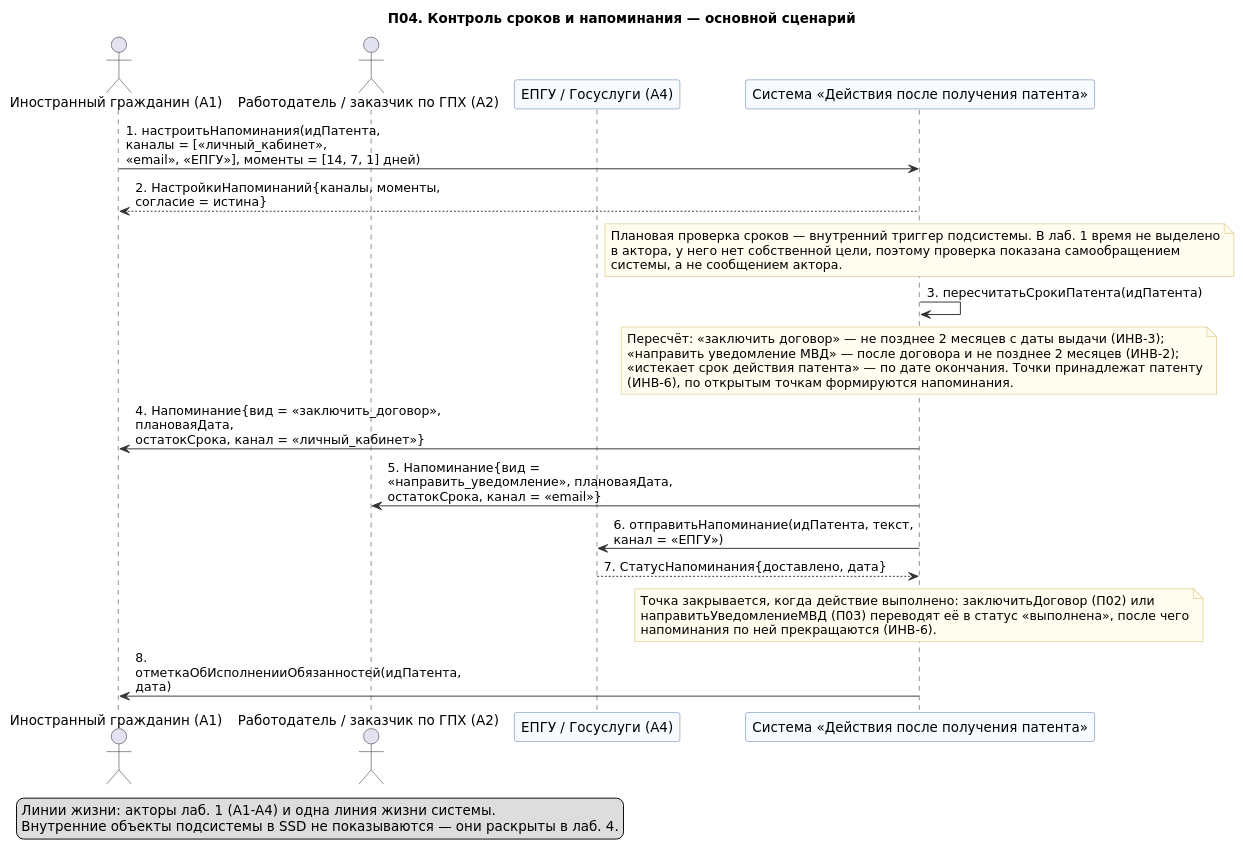
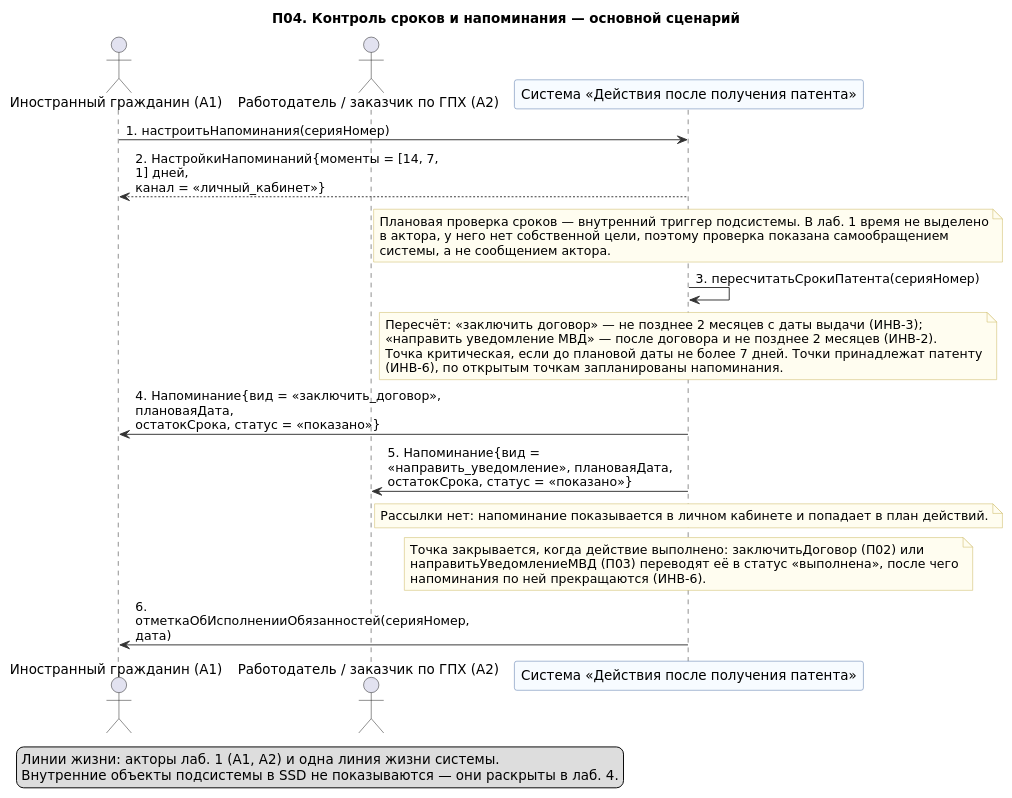
One commit to mflkee/fms-course changed the diagram in lab3-sequence-diagrams/diagrams/07-p04-osnovnoy.puml. Above: the diagram before and after it, drawn with PlantUML. The commit also changed 41 other files, not shown here.

Commit message:
ФМС: канон отправки и просрочки, 78 тестов, кардинальности без 1..*, читаемая диаграмма прецедентов

```diff
--- a/lab3-sequence-diagrams/diagrams/07-p04-osnovnoy.puml
+++ b/lab3-sequence-diagrams/diagrams/07-p04-osnovnoy.puml
@@ -1,54 +1,54 @@
 @startuml 07-p04-osnovnoy
 ' Лаб. 3: системная диаграмма последовательностей (SSD, «чёрный ящик»)
 ' Прецедент: П04 — основной успешный сценарий
 ' Проверка: plantuml -checkonly 07-p04-osnovnoy.puml ; рендер: plantuml -tpng 07-p04-osnovnoy.puml
 ' Репозиторий: https://github.com/mflkee/fms-course
 
 title П04. Контроль сроков и напоминания — основной сценарий
 skinparam shadowing false
 skinparam defaultFontName "DejaVu Sans"
 skinparam maxMessageSize 320
 skinparam sequenceMessageAlign left
 skinparam ParticipantBackgroundColor #F7FBFF
 skinparam ParticipantBorderColor #4A6FA5
 skinparam LifeLineBorderColor #9DB4D0
 skinparam ArrowColor #333333
 skinparam NoteBackgroundColor #FFFDF0
 skinparam NoteBorderColor #C9B458
 
 actor "Иностранный гражданин (A1)" as CIT
 actor "Работодатель / заказчик по ГПХ (A2)" as EMP
-participant "ЕПГУ / Госуслуги (A4)" as EPGU
 participant "Система «Действия после получения патента»" as SYS
 
-CIT -> SYS : 1. настроитьНапоминания(идПатента, каналы = [«личный_кабинет»,\n«email», «ЕПГУ»], моменты = [14, 7, 1] дней)
-SYS --> CIT : 2. НастройкиНапоминаний{каналы, моменты, согласие = истина}
+CIT -> SYS : 1. настроитьНапоминания(серияНомер)
+SYS --> CIT : 2. НастройкиНапоминаний{моменты = [14, 7, 1] дней,\nканал = «личный_кабинет»}
 note over SYS
   Плановая проверка сроков — внутренний триггер подсистемы. В лаб. 1 время не выделено
   в актора, у него нет собственной цели, поэтому проверка показана самообращением
   системы, а не сообщением актора.
 end note
-SYS -> SYS : 3. пересчитатьСрокиПатента(идПатента)
+SYS -> SYS : 3. пересчитатьСрокиПатента(серияНомер)
 note over SYS
   Пересчёт: «заключить договор» — не позднее 2 месяцев с даты выдачи (ИНВ-3);
-  «направить уведомление МВД» — после договора и не позднее 2 месяцев (ИНВ-2);
-  «истекает срок действия патента» — по дате окончания. Точки принадлежат патенту
-  (ИНВ-6), по открытым точкам формируются напоминания.
+  «направить уведомление МВД» — после договора и не позднее 2 месяцев (ИНВ-2).
+  Точка критическая, если до плановой даты не более 7 дней. Точки принадлежат патенту
+  (ИНВ-6), по открытым точкам запланированы напоминания.
 end note
-SYS -> CIT : 4. Напоминание{вид = «заключить_договор», плановаяДата,\nостатокСрока, канал = «личный_кабинет»}
-SYS -> EMP : 5. Напоминание{вид = «направить_уведомление», плановаяДата,\nостатокСрока, канал = «email»}
-SYS -> EPGU : 6. отправитьНапоминание(идПатента, текст, канал = «ЕПГУ»)
-EPGU --> SYS : 7. СтатусНапоминания{доставлено, дата}
+SYS -> CIT : 4. Напоминание{вид = «заключить_договор», плановаяДата,\nостатокСрока, статус = «показано»}
+SYS -> EMP : 5. Напоминание{вид = «направить_уведомление», плановаяДата,\nостатокСрока, статус = «показано»}
+note over SYS
+  Рассылки нет: напоминание показывается в личном кабинете и попадает в план действий.
+end note
 note over SYS
   Точка закрывается, когда действие выполнено: заключитьДоговор (П02) или
   направитьУведомлениеМВД (П03) переводят её в статус «выполнена», после чего
   напоминания по ней прекращаются (ИНВ-6).
 end note
-SYS -> CIT : 8. отметкаОбИсполненииОбязанностей(идПатента, дата)
+SYS -> CIT : 6. отметкаОбИсполненииОбязанностей(серияНомер, дата)
 
 legend bottom left
-  Линии жизни: акторы лаб. 1 (A1–A4) и одна линия жизни системы.
+  Линии жизни: акторы лаб. 1 (A1, A2) и одна линия жизни системы.
   Внутренние объекты подсистемы в SSD не показываются — они раскрыты в лаб. 4.
 end legend
 
 @enduml
```
